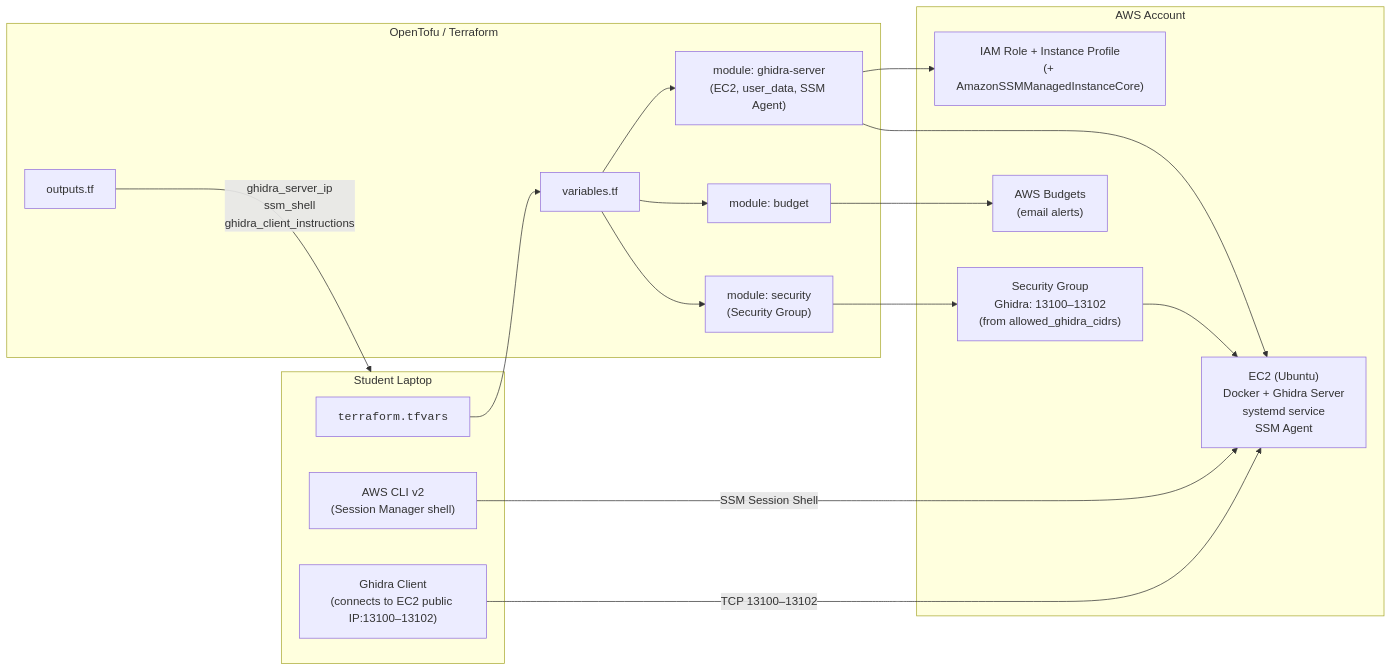
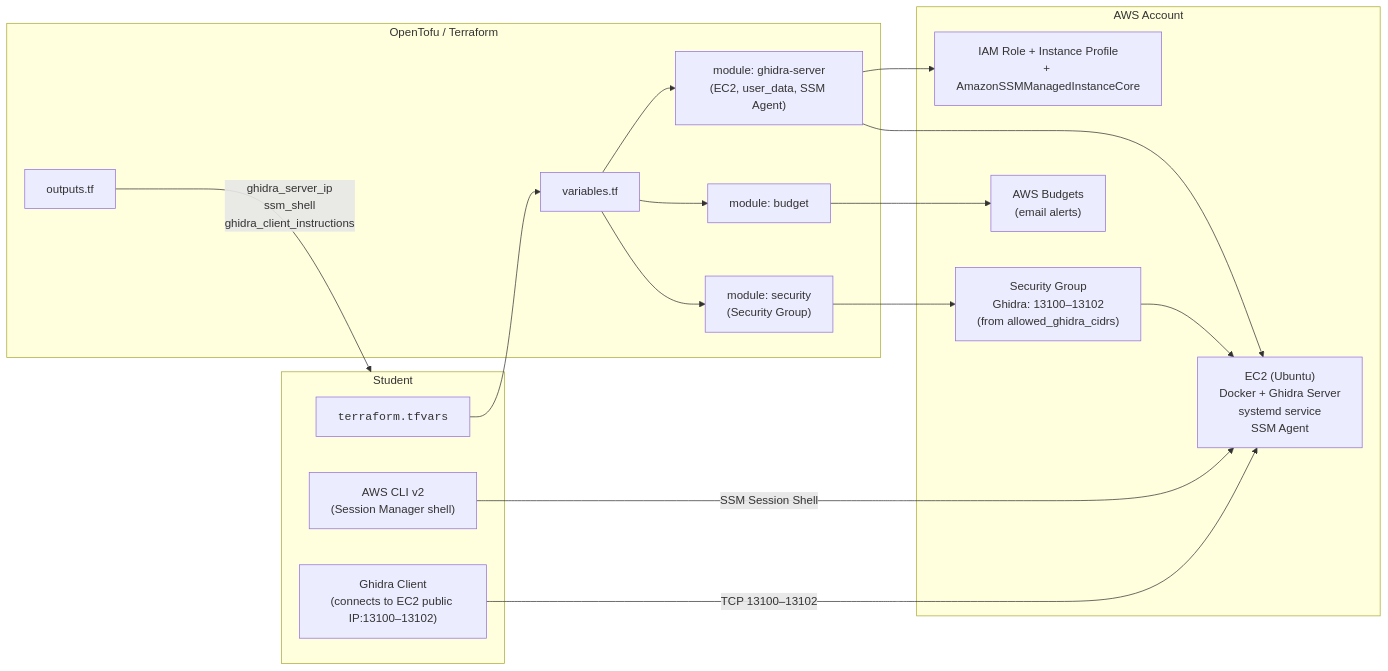
Before and after one commit to benjaminwilcox/ghidra-server-iac: the diagram in README.md, drawn with Mermaid.

Commit message:
fix mermaid chart

````diff
--- a/README.md
+++ b/README.md
@@ -222,46 +222,46 @@
 ```mermaid
 flowchart LR
   %% ===== Student side =====
-  subgraph DEV["Student Laptop"]
+  subgraph DEV["Student"]
     TFVARS["<code>terraform.tfvars</code>"]
     GHIDRA_GUI["Ghidra Client<br/>(connects to EC2 public IP:13100–13102)"]
     AWSCLI["AWS CLI v2<br/>(Session Manager shell)"]
   end
 
   %% ===== IaC engine =====
   subgraph TF["OpenTofu / Terraform"]
     VARS["variables.tf"]
     MOD_SEC["module: security<br/>(Security Group)"]
     MOD_SRV["module: ghidra-server<br/>(EC2, user_data, SSM Agent)"]
     MOD_BUD["module: budget"]
     OUTS["outputs.tf"]
   end
 
   %% ===== AWS resources =====
   subgraph AWS["AWS Account"]
-    IAM["IAM Role + Instance Profile<br/>(+ AmazonSSMManagedInstanceCore)"]
+    IAM["IAM Role + Instance Profile<br/>+ AmazonSSMManagedInstanceCore"]
     SG["Security Group<br/>Ghidra: 13100–13102<br/>(from allowed_ghidra_cidrs)"]
     EC2["EC2 (Ubuntu)<br/>Docker + Ghidra Server<br/>systemd service<br/>SSM Agent"]
     BUD["AWS Budgets<br/>(email alerts)"]
   end
 
   %% Vars drive modules
   TFVARS --> VARS
   VARS --> MOD_SEC
   VARS --> MOD_SRV
   VARS --> MOD_BUD
 
   %% Modules create resources
   MOD_SRV --> IAM
   MOD_SEC --> SG
   MOD_SRV --> EC2
   MOD_BUD --> BUD
   SG --> EC2
 
   %% How you connect
   AWSCLI -->|"SSM Session Shell"| EC2
   GHIDRA_GUI -->|"TCP 13100–13102"| EC2
 
   %% Outputs back to user
   OUTS -->|"ghidra_server_ip<br/>ssm_shell<br/>ghidra_client_instructions"| DEV
 ```
````
